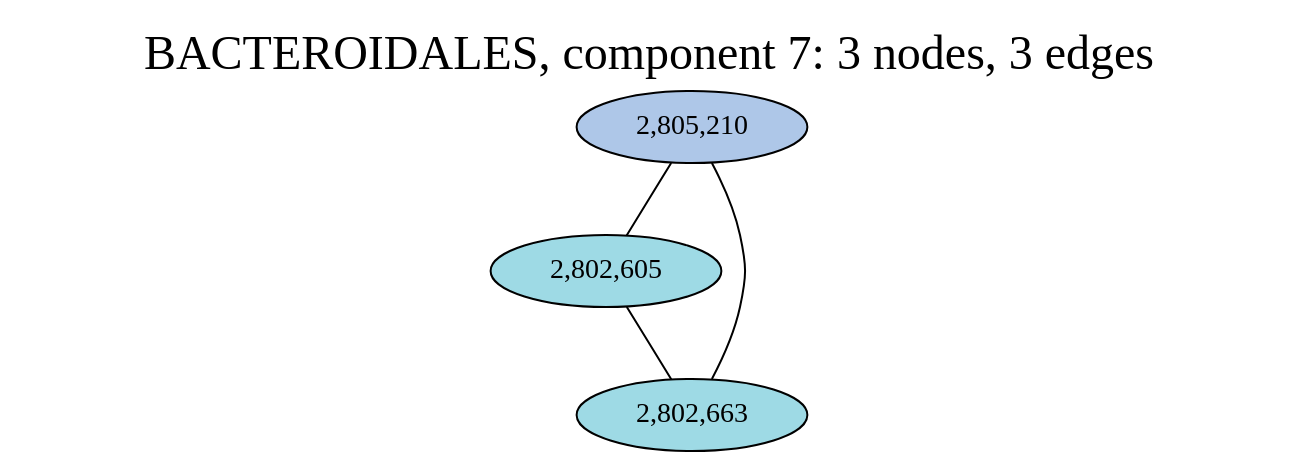
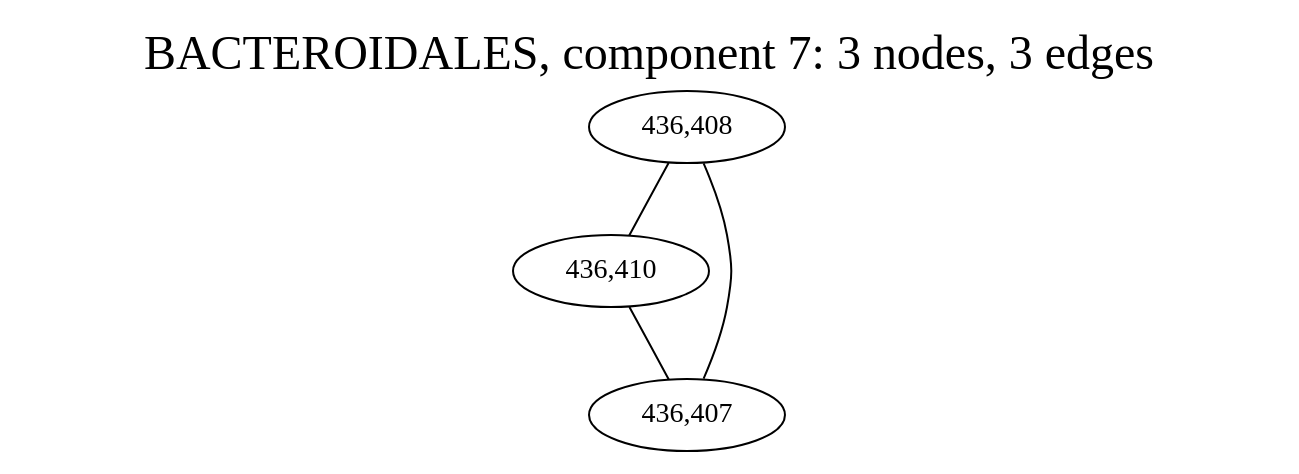
The diagram in notebooks/graphs/BACTEROIDALES_cc7.gv (fedarko/sheepgut), drawn with Graphviz before and after one commit. The commit also changed 20 other files, not shown here.

```diff
--- a/notebooks/graphs/BACTEROIDALES_cc7.gv
+++ b/notebooks/graphs/BACTEROIDALES_cc7.gv
@@ -1,13 +1,13 @@
 graph BACTEROIDALES_cc7 {
 	overlap="prism50";
 	outputorder="edgesfirst";
 	label="BACTEROIDALES, component 7: 3 nodes, 3 edges";
 	labelloc="t";
 	fontsize=24;
-	"2,805,210" [style="filled", fillcolor="#aec7e8", fontcolor="#000000"];
-	"2,802,605" [style="filled", fillcolor="#9edae5", fontcolor="#000000"];
-	"2,802,663" [style="filled", fillcolor="#9edae5", fontcolor="#000000"];
-	"2,805,210" -- "2,802,605";
-	"2,805,210" -- "2,802,663";
-	"2,802,605" -- "2,802,663";
+	"436,408" [style="filled", fillcolor="#ffffff", fontcolor="#000000"];
+	"436,410" [style="filled", fillcolor="#ffffff", fontcolor="#000000"];
+	"436,407" [style="filled", fillcolor="#ffffff", fontcolor="#000000"];
+	"436,408" -- "436,407";
+	"436,408" -- "436,410";
+	"436,410" -- "436,407";
 }
```
